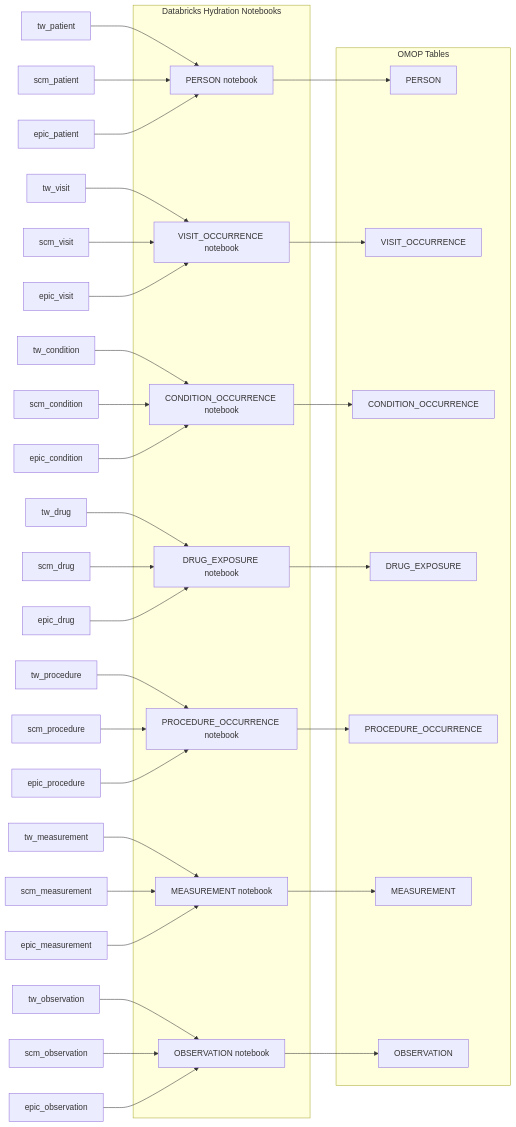
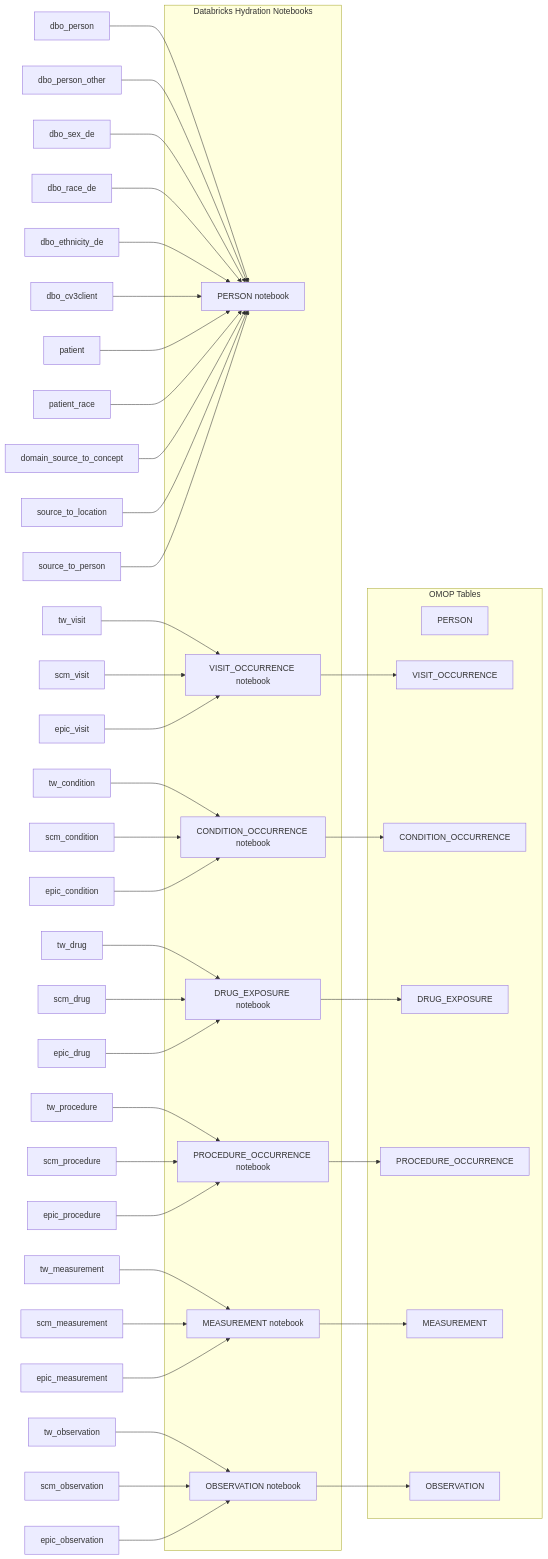
One commit to janyaibe/omop-accelerator changed the first of 11 diagrams in docs/omop_architecture_erd_with_sources.md. Above: the diagram before and after it, drawn with Mermaid.

```diff
--- a/docs/omop_architecture_erd_with_sources.md
+++ b/docs/omop_architecture_erd_with_sources.md
@@ -29,10 +29,43 @@
         OBSERVATION
     end
 
-    tw_patient --> nb_person
-    scm_patient --> nb_person
-    epic_patient --> nb_person
-    nb_person --> PERSON
+    %% TouchWorks
+tw_dbo_person[dbo_person]
+tw_dbo_person_other[dbo_person_other]
+tw_dbo_sex[dbo_sex_de]
+tw_dbo_race[dbo_race_de]
+tw_dbo_ethnicity[dbo_ethnicity_de]
+
+%% SCM
+scm_client[dbo_cv3client]
+
+%% Epic
+epic_patient[patient]
+epic_patient_race[patient_race]
+
+%% Mapping tables
+map_domain[domain_source_to_concept]
+map_person[source_to_person]
+map_location[source_to_location]
+
+%% TouchWorks flow
+tw_dbo_person --> nb_person
+tw_dbo_person_other --> nb_person
+tw_dbo_sex --> nb_person
+tw_dbo_race --> nb_person
+tw_dbo_ethnicity --> nb_person
+
+%% SCM flow
+scm_client --> nb_person
+
+%% Epic flow
+epic_patient --> nb_person
+epic_patient_race --> nb_person
+
+%% Mapping joins
+map_domain --> nb_person
+map_location --> nb_person
+map_person --> nb_person
 
    tw_visit --> nb_visit
    scm_visit --> nb_visit
```
